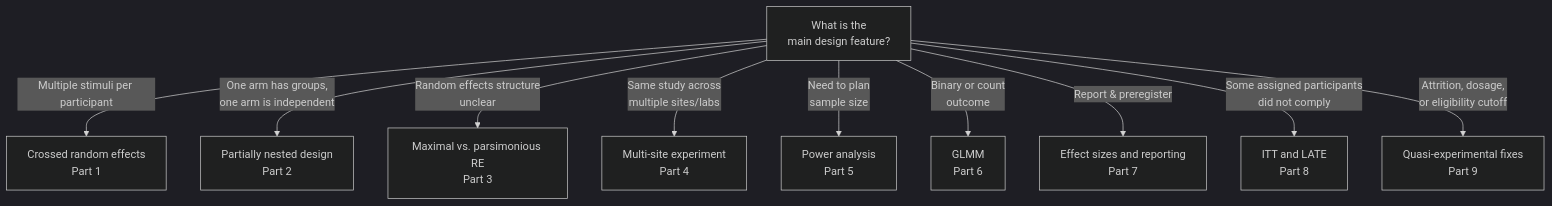
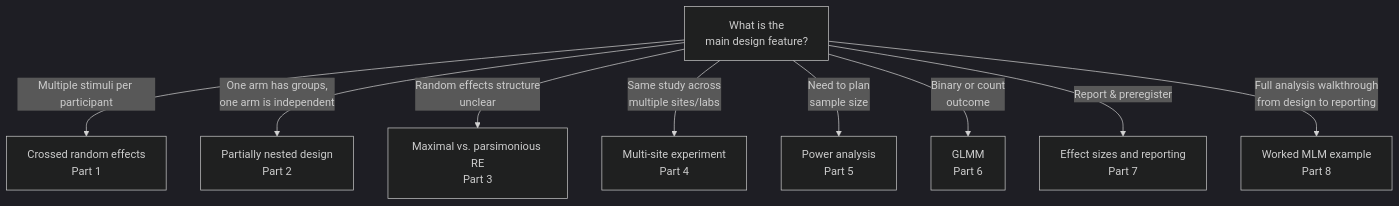
Before and after one commit to DanRSchley/Nested-Data-Workshop: the diagram in module-5/intro.qmd, drawn with Mermaid (dark theme). The commit also changed other lines of this file and 3 other files, not shown here.

First line of the commit message:
Module 5: remove quasi-experimental unit, add worked MLM example + CI caching

````diff
--- a/module-5/intro.qmd
+++ b/module-5/intro.qmd
@@ -47,14 +45,13 @@
 ```{mermaid}
 flowchart TD
     A["What is the\nmain design feature?"]
 
     A -->|"Multiple stimuli per participant"| B["Crossed random effects\nPart 1"]
     A -->|"One arm has groups,\none arm is independent"| C["Partially nested design\nPart 2"]
     A -->|"Random effects structure\nunclear"| D["Maximal vs. parsimonious RE\nPart 3"]
     A -->|"Same study across\nmultiple sites/labs"| E["Multi-site experiment\nPart 4"]
     A -->|"Need to plan\nsample size"| F["Power analysis\nPart 5"]
     A -->|"Binary or count\noutcome"| G["GLMM\nPart 6"]
     A -->|"Report & preregister"| H["Effect sizes and reporting\nPart 7"]
-    A -->|"Some assigned participants\ndid not comply"| I["ITT and LATE\nPart 8"]
-    A -->|"Attrition, dosage,\nor eligibility cutoff"| J["Quasi-experimental fixes\nPart 9"]
+    A -->|"Full analysis walkthrough\nfrom design to reporting"| I["Worked MLM example\nPart 8"]
 ```
````
